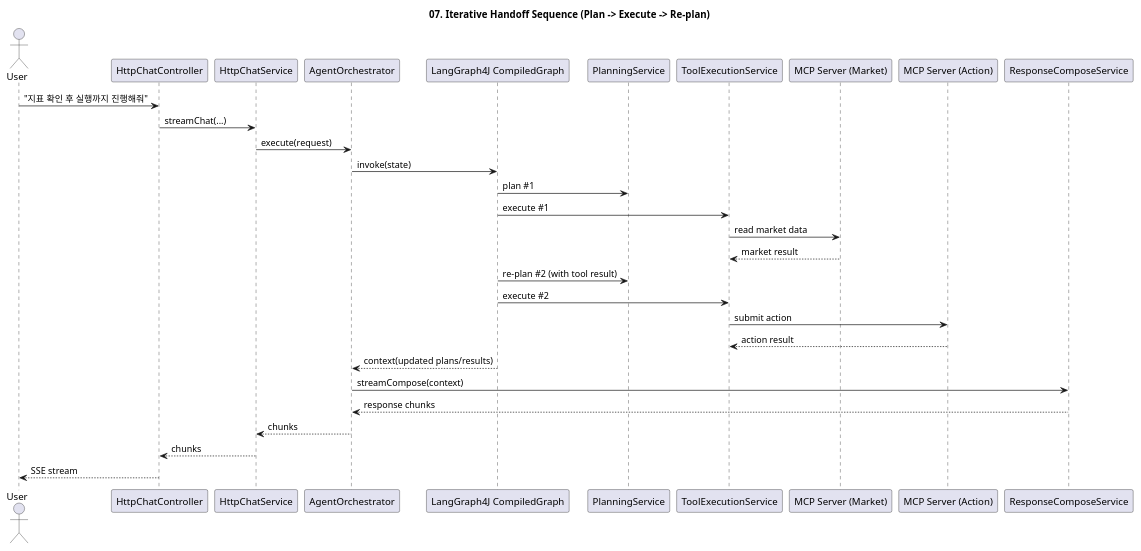
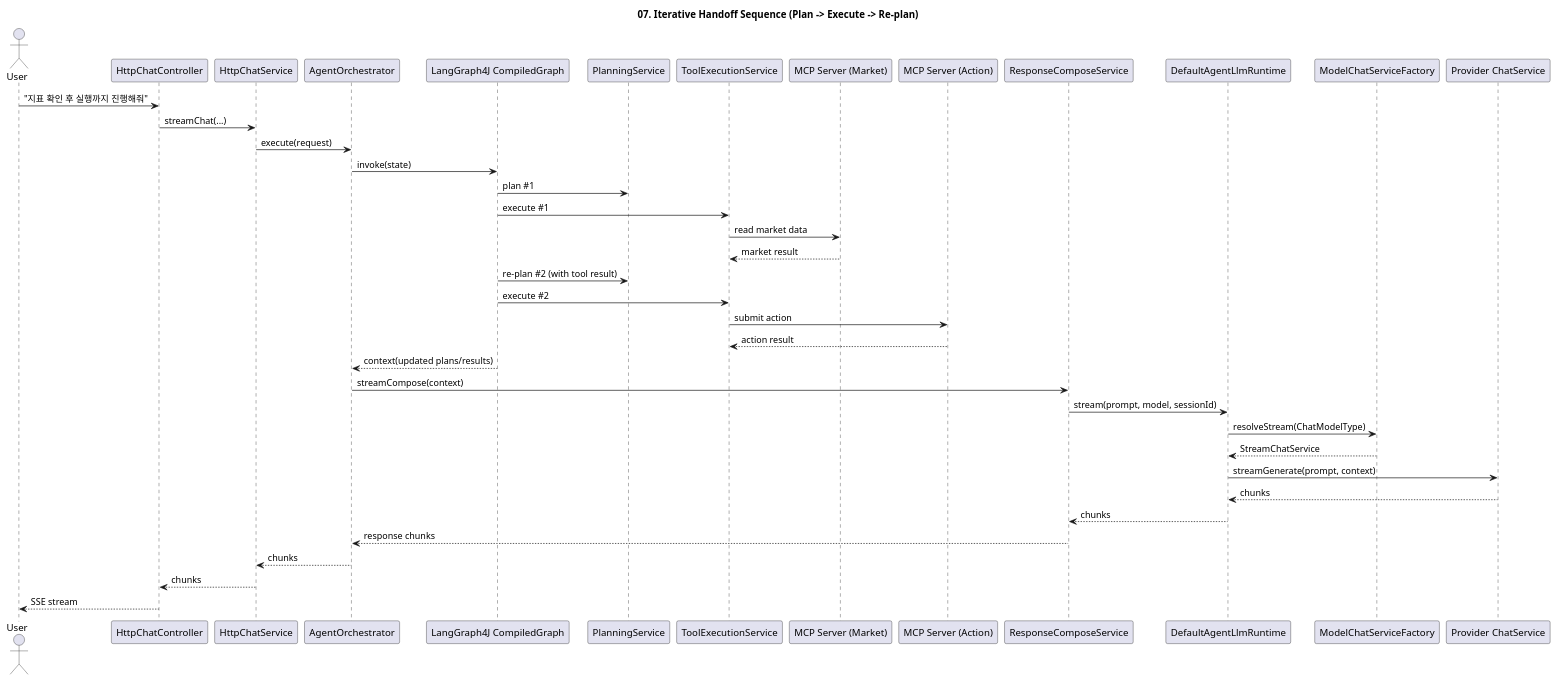
Before and after one commit to kim57uak/spring-ai: the diagram in documents/mcp-orchestrator-architecture/07-reservation-query-sequence.puml, drawn with PlantUML. The commit also changed 16 other files, not shown here.

Commit message:
docs: sync architecture docs with current source

```diff
--- a/documents/mcp-orchestrator-architecture/07-reservation-query-sequence.puml
+++ b/documents/mcp-orchestrator-architecture/07-reservation-query-sequence.puml
@@ -1,40 +1,49 @@
 @startuml
 !pragma layout smetana
 title 07. Iterative Handoff Sequence (Plan -> Execute -> Re-plan)
 
 skinparam shadowing false
 
 actor User
 participant "HttpChatController" as Controller
 participant "HttpChatService" as ChatService
 participant "AgentOrchestrator" as Orchestrator
 participant "LangGraph4J CompiledGraph" as StateGraph
 participant "PlanningService" as Planner
 participant "ToolExecutionService" as Executor
 participant "MCP Server (Market)" as MarketMcp
 participant "MCP Server (Action)" as ActionMcp
 participant "ResponseComposeService" as Composer
+participant "DefaultAgentLlmRuntime" as Runtime
+participant "ModelChatServiceFactory" as ChatFactory
+participant "Provider ChatService" as ProviderChatService
 
 User -> Controller : "지표 확인 후 실행까지 진행해줘"
 Controller -> ChatService : streamChat(...)
 ChatService -> Orchestrator : execute(request)
 Orchestrator -> StateGraph : invoke(state)
 
 StateGraph -> Planner : plan #1
 StateGraph -> Executor : execute #1
 Executor -> MarketMcp : read market data
 MarketMcp --> Executor : market result
 
 StateGraph -> Planner : re-plan #2 (with tool result)
 StateGraph -> Executor : execute #2
 Executor -> ActionMcp : submit action
 ActionMcp --> Executor : action result
 
 StateGraph --> Orchestrator : context(updated plans/results)
 Orchestrator -> Composer : streamCompose(context)
+Composer -> Runtime : stream(prompt, model, sessionId)
+Runtime -> ChatFactory : resolveStream(ChatModelType)
+ChatFactory --> Runtime : StreamChatService
+Runtime -> ProviderChatService : streamGenerate(prompt, context)
+ProviderChatService --> Runtime : chunks
+Runtime --> Composer : chunks
 Composer --> Orchestrator : response chunks
 Orchestrator --> ChatService : chunks
 ChatService --> Controller : chunks
 Controller --> User : SSE stream
 
 @enduml
```
